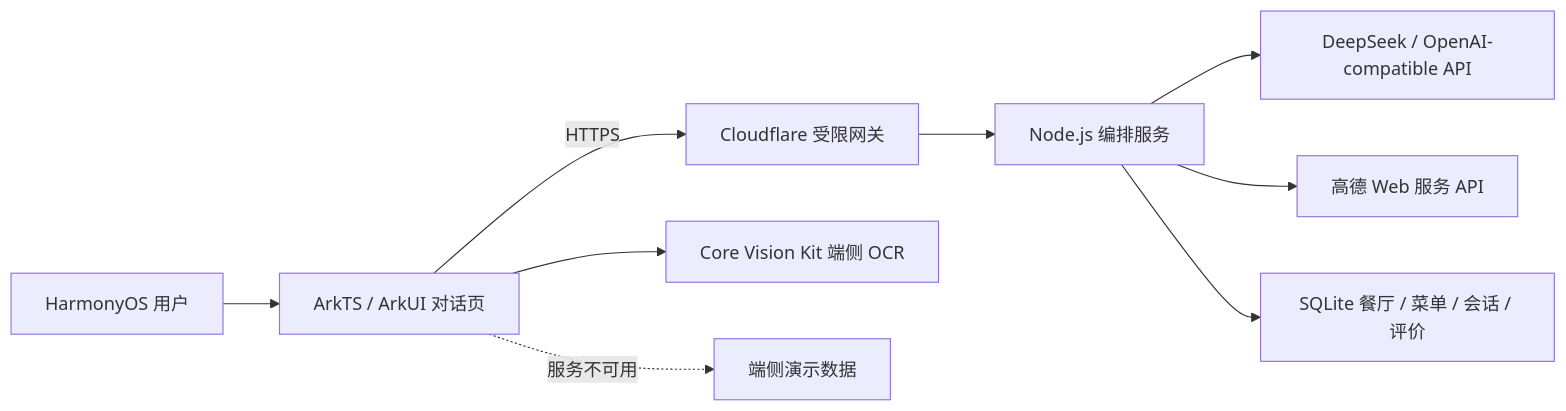
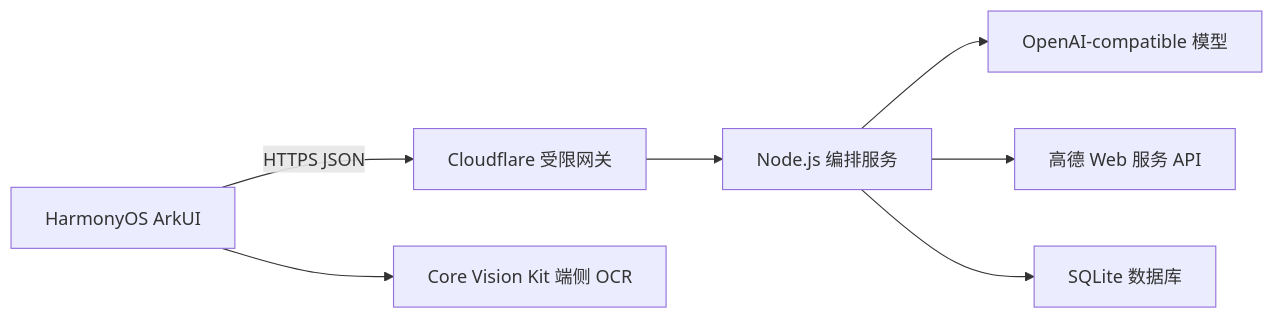
The diagram in docs/architecture.md (alleny526/restaurant-agent), drawn with Mermaid before and after one commit. The commit also changed other lines of this file and 38 other files, not shown here.

````diff
--- a/docs/architecture.md
+++ b/docs/architecture.md
@@ -3,11 +5,9 @@
 ```mermaid
 flowchart LR
-  U["HarmonyOS 用户"] --> APP["ArkTS / ArkUI 对话页"]
-  APP -->|"HTTPS"| GW["Cloudflare 受限网关"]
-  GW --> API["Node.js 编排服务"]
-  API --> LLM["DeepSeek / OpenAI-compatible API"]
-  API --> AMAP["高德 Web 服务 API"]
-  API --> DB["SQLite 餐厅 / 菜单 / 会话 / 评价"]
-  APP --> OCR["Core Vision Kit 端侧 OCR"]
-  APP -.->|"服务不可用"| MOCK["端侧演示数据"]
+  APP[HarmonyOS ArkUI] -->|HTTPS JSON| GW[Cloudflare 受限网关]
+  GW --> API[Node.js 编排服务]
+  API --> LLM[OpenAI-compatible 模型]
+  API --> AMAP[高德 Web 服务 API]
+  API --> DB[SQLite 数据库]
+  APP --> OCR[Core Vision Kit 端侧 OCR]
 ```
````
